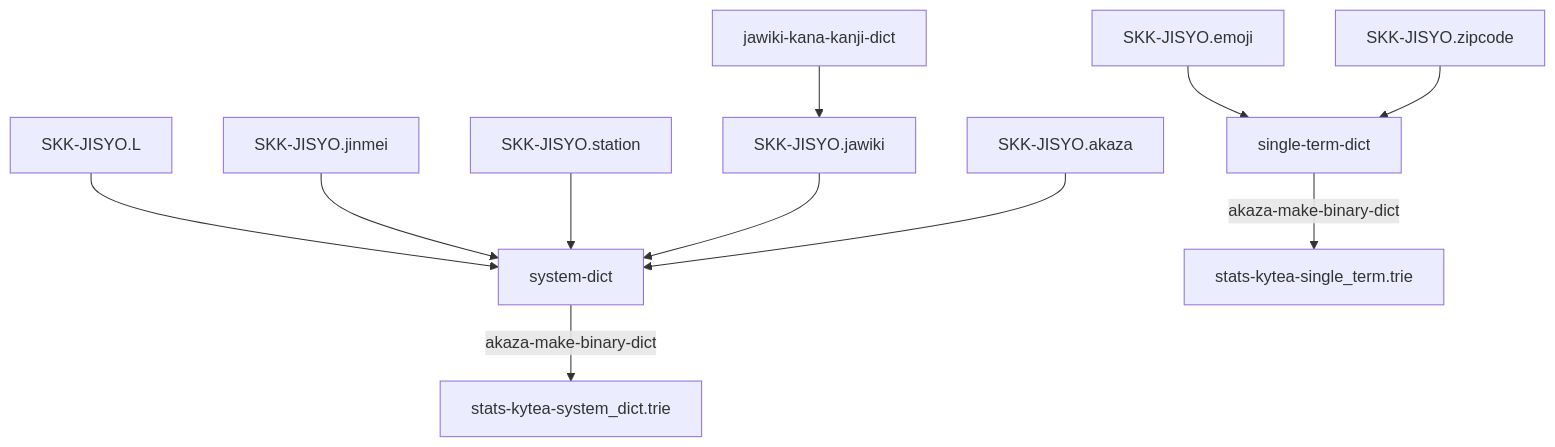
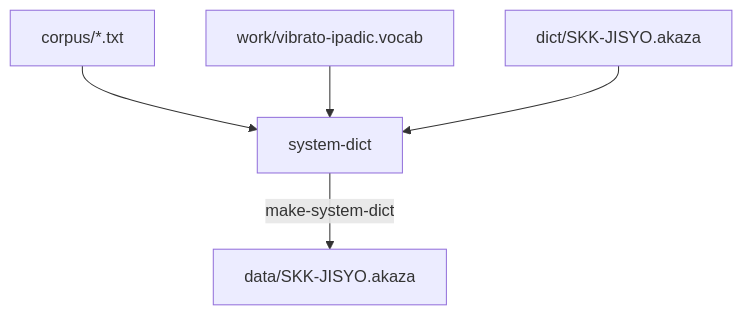
The second of 2 diagrams in docs/data-flow.md (akaza-im/akaza), drawn with Mermaid before and after one commit. The commit also changed other lines of this file, not shown here.

````diff
--- a/docs/data-flow.md
+++ b/docs/data-flow.md
@@ -39,13 +36,7 @@
 ```mermaid
 graph TD
-    SKK-JISYO.L --> system-dict
-    SKK-JISYO.jinmei --> system-dict
-    SKK-JISYO.station --> system-dict
-    jawiki-kana-kanji-dict --> SKK-JISYO.jawiki --> system-dict
-    SKK-JISYO.akaza --> system-dict
-    system-dict -- akaza-make-binary-dict--> stats-kytea-system_dict.trie
-
-    SKK-JISYO.emoji --> single-term-dict
-    SKK-JISYO.zipcode --> single-term-dict
-    single-term-dict -- akaza-make-binary-dict--> stats-kytea-single_term.trie
+    corpus/*.txt --> system-dict
+    work/vibrato-ipadic.vocab --> system-dict
+    dict/SKK-JISYO.akaza --> system-dict
+    system-dict -- make-system-dict--> data/SKK-JISYO.akaza
 ```
````
